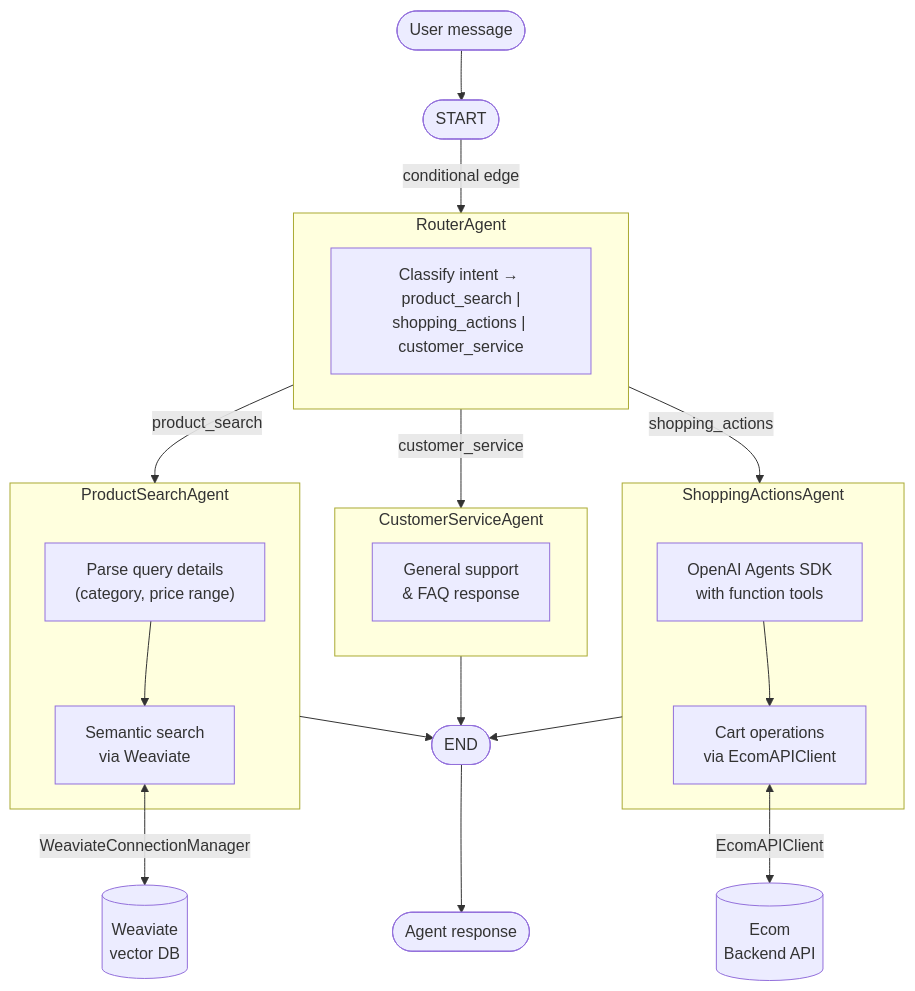
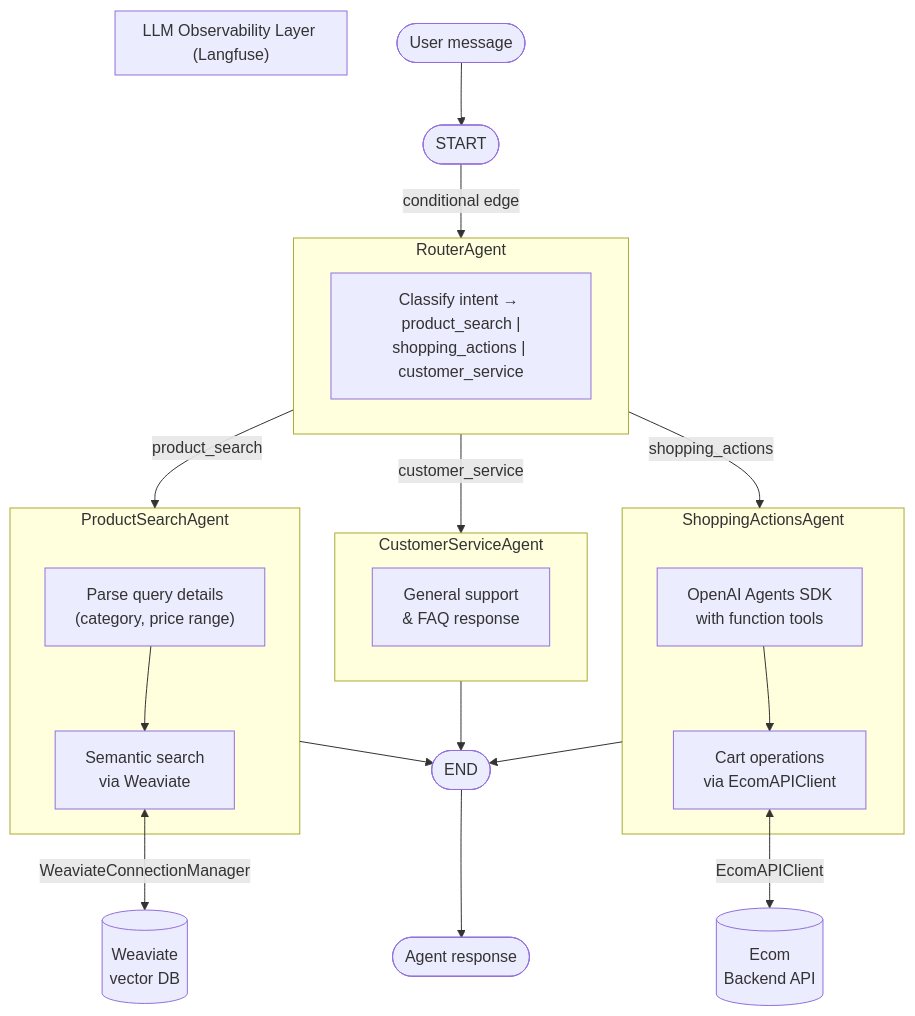
Before and after one commit to abhi8893/genai-shopping-assistant: the diagram in packages/shopping-assistant/README.md, drawn with Mermaid. The commit also changed other lines of this file, not shown here.

Commit message:
docs(shopping-assistant): update README.md with llm observability sections (#236)

````diff
--- a/packages/shopping-assistant/README.md
+++ b/packages/shopping-assistant/README.md
@@ -204,42 +210,45 @@
 ```mermaid
 graph TD
     User(["User message"])
     START(["START"])
     END(["END"])
     Response(["Agent response"])
 
     User --> START
     START -->|"conditional edge"| Router
 
     subgraph Router["RouterAgent"]
         R["Classify intent → <br> product_search | shopping_actions | customer_service"]
     end
 
     Router -->|product_search| PS
     Router -->|shopping_actions| SA
     Router -->|customer_service| CS
 
     subgraph PS["ProductSearchAgent"]
         PS1["Parse query details <br> (category, price range)"]
         PS2["Semantic search <br> via Weaviate"]
         PS1 --> PS2
     end
 
     subgraph SA["ShoppingActionsAgent"]
         SA1["OpenAI Agents SDK<br>with function tools"]
         SA2["Cart operations<br>via EcomAPIClient"]
         SA1 --> SA2
     end
 
     subgraph CS["CustomerServiceAgent"]
         CS1["General support<br>& FAQ response"]
     end
 
     PS --> END
     SA --> END
     CS --> END
     END --> Response
 
     PS2 <-->|"WeaviateConnectionManager"| Weaviate[("Weaviate<br>vector DB")]
     SA2 <-->|"EcomAPIClient"| EcomAPI[("Ecom<br>Backend API")]
+
+    subgraph Footer["LLM Observability Layer (Langfuse)"]
+    end
 ```
````
